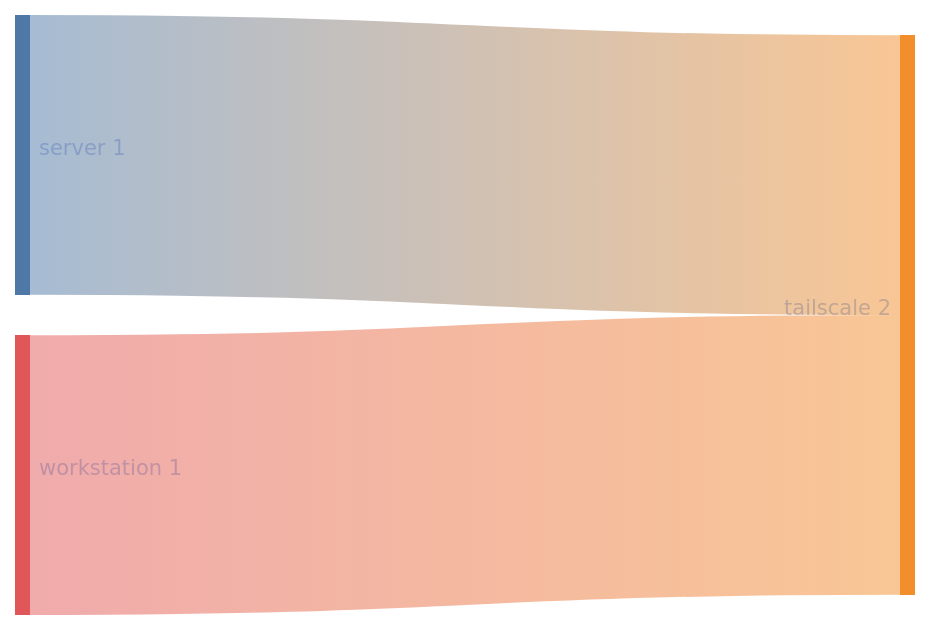
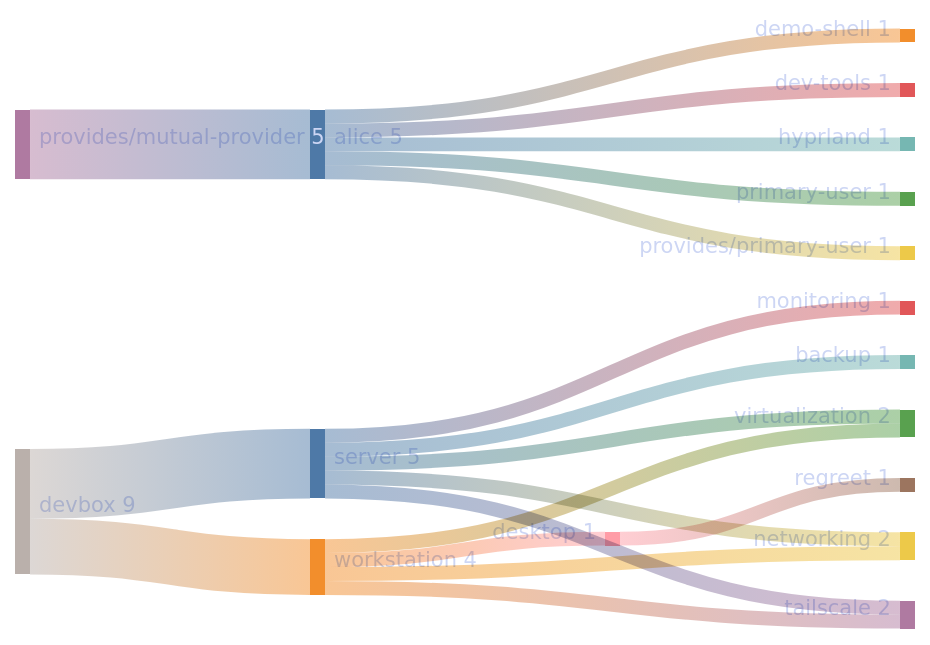
Before and after one commit to sini/den: the diagram in templates/diag-fx-demo/diagrams/devbox-sankey.md, drawn with Mermaid. The commit also changed 849 other files, not shown here.

Commit message:
chore: update fx diagrams

````diff
--- a/templates/diag-fx-demo/diagrams/devbox-sankey.md
+++ b/templates/diag-fx-demo/diagrams/devbox-sankey.md
@@ -5,7 +5,23 @@
 ```mermaid
 %%{init: {"theme":"base","themeVariables":{"activationBkgColor":"#313244","activationBorderColor":"#6c7086","actorBkg":"#313244","actorBorder":"#a6adc8","actorLineColor":"#a6adc8","actorTextColor":"#cdd6f4","background":"#1e1e2e","classText":"#cdd6f4","clusterBkg":"#313244","clusterBorder":"#6c7086","edgeLabelBackground":"#1e1e2e","labelBoxBkgColor":"#313244","labelBoxBorderColor":"#a6adc8","labelTextColor":"#cdd6f4","lineColor":"#a6adc8","loopTextColor":"#cdd6f4","mainBkg":"#313244","nodeBkg":"#313244","nodeBorder":"#a6adc8","nodeTextColor":"#cdd6f4","noteBkgColor":"#313244","noteBorderColor":"#6c7086","noteTextColor":"#cdd6f4","pie1":"#f38ba8","pie2":"#fab387","pie3":"#f9e2af","pie4":"#a6e3a1","pie5":"#94e2d5","pie6":"#89b4fa","pie7":"#cba6f7","pie8":"#f2cdcd","pieLegendTextColor":"#cdd6f4","pieOuterStrokeColor":"#6c7086","pieSectionTextColor":"#cdd6f4","pieStrokeColor":"#6c7086","pieTitleTextColor":"#cdd6f4","primaryBorderColor":"#a6adc8","primaryColor":"#313244","primaryTextColor":"#cdd6f4","secondBkg":"#313244","secondaryBorderColor":"#6c7086","secondaryColor":"#313244","secondaryTextColor":"#cdd6f4","sequenceNumberColor":"#1e1e2e","signalColor":"#a6adc8","signalTextColor":"#cdd6f4","tertiaryBorderColor":"#6c7086","tertiaryColor":"#313244","tertiaryTextColor":"#cdd6f4","textColor":"#cdd6f4","titleColor":"#cdd6f4"}}}%%
 sankey-beta
 
+"alice","demo-shell",1
+"alice","dev-tools",1
+"alice","hyprland",1
+"alice","primary-user",1
+"alice","provides/primary-user",1
+"provides/mutual-provider","alice",5
+"desktop","regreet",1
+"devbox","server",5
+"devbox","workstation",4
+"server","monitoring",1
+"server","backup",1
+"server","virtualization",1
+"server","networking",1
 "server","tailscale",1
+"workstation","desktop",1
+"workstation","networking",1
+"workstation","virtualization",1
 "workstation","tailscale",1
 ```
````
